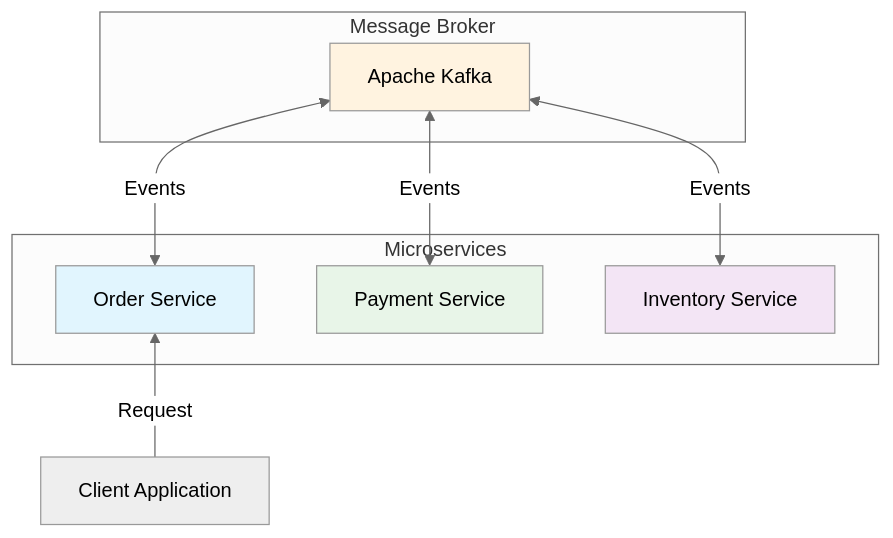
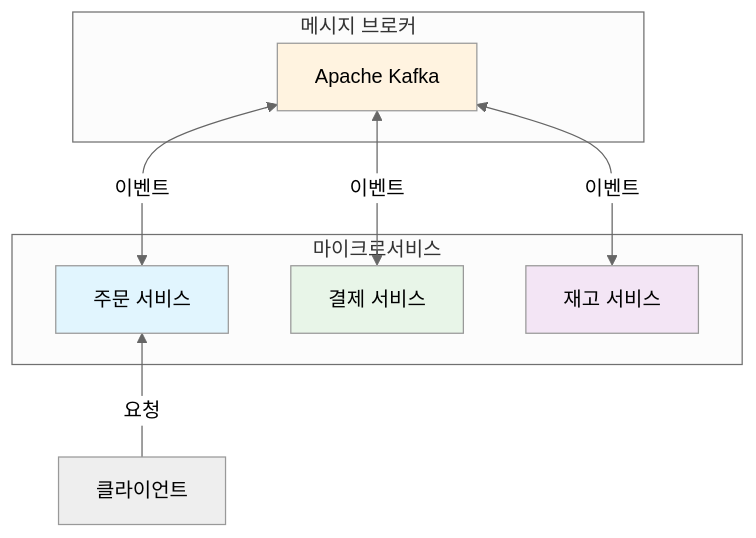
Before and after one commit to kimjunyoung90/saga-examples: the first of 5 diagrams in choreography/README.md, drawn with Mermaid (neutral theme). The commit also changed other lines of this file and 1 other file, not shown here.

````diff
--- a/choreography/README.md
+++ b/choreography/README.md
@@ -19,20 +19,20 @@
 ```mermaid
 flowchart BT
-    subgraph subGraph0["Message Broker"]
+    subgraph subGraph0["메시지 브로커"]
         Kafka["Apache Kafka"]
     end
-    subgraph Microservices["Microservices"]
-        OS["Order Service"]
-        PS["Payment Service"]
-        IS["Inventory Service"]
+    subgraph Microservices["마이크로서비스"]
+        OS["주문 서비스"]
+        PS["결제 서비스"]
+        IS["재고 서비스"]
     end
-    Client["Client Application"] -- Request --> OS
-    OS <-- Events --> Kafka
-    PS <-- Events --> Kafka
-    IS <-- Events --> Kafka
+    Client["클라이언트"] -- 요청 --> OS
+    OS <-- 이벤트 --> Kafka
+    PS <-- 이벤트 --> Kafka
+    IS <-- 이벤트 --> Kafka
 
     style Kafka fill:#fff3e0
     style OS fill:#e1f5fe
     style PS fill:#e8f5e8
     style IS fill:#f3e5f5
 ```
````
